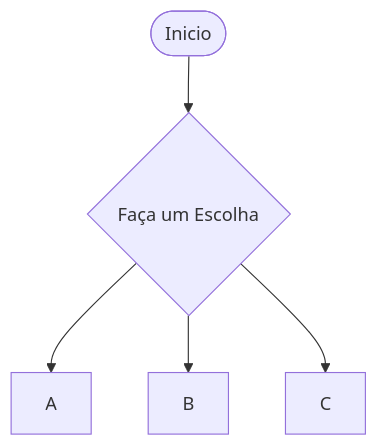
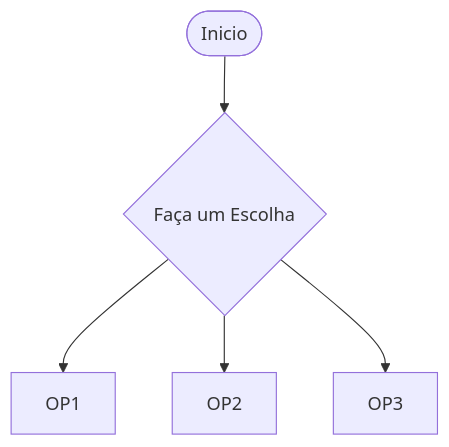
Before and after one commit to ramtrigodev/grafico_g: the diagram in README.md, drawn with Mermaid.

````diff
--- a/README.md
+++ b/README.md
@@ -1,9 +1,8 @@
 ```mermaid
-
 flowchart TD
     A(["Inicio"])
     A --> B{"Faça um Escolha"}
-    B --> C["A"]
-    B --> E["B"]
-    B --> D["C"]
+    B --> C["OP1"]
+    B --> D["OP2"]
+    B --> E["OP3"]
 ```
````
